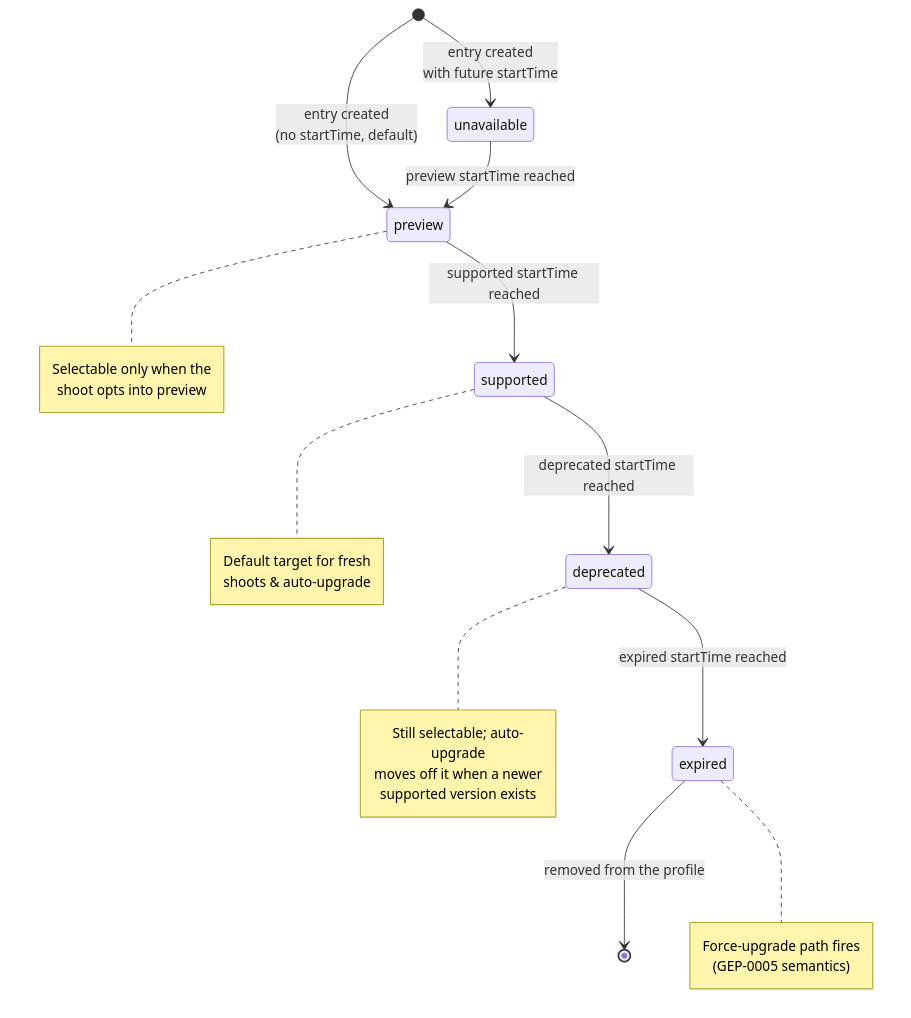
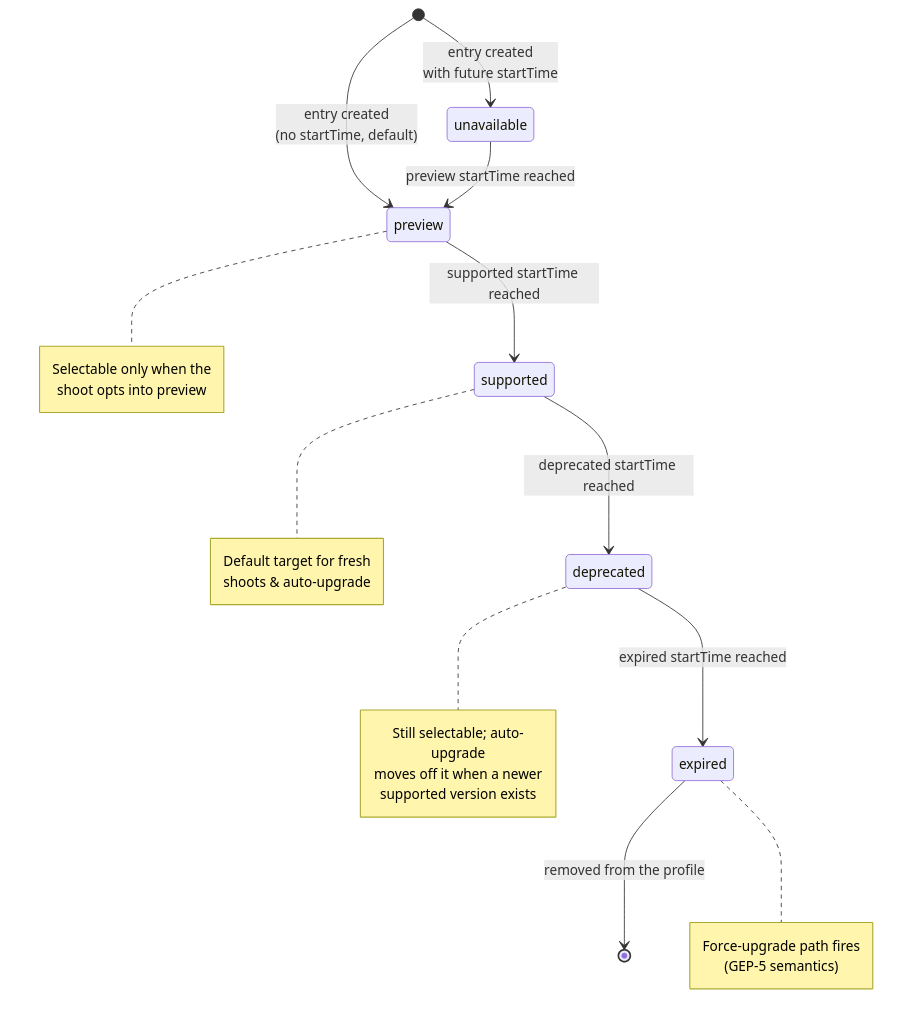
Before and after one commit to DockToFuture/enhancements: the diagram in geps/0078-extension-profile/lifecycle.mmd, drawn with Mermaid. The commit also changed 2 other files, not shown here.

Commit message:
rename GEP links

```diff
--- a/geps/0078-extension-profile/lifecycle.mmd
+++ b/geps/0078-extension-profile/lifecycle.mmd
@@ -1,27 +1,27 @@
 %%{init: {'theme': 'default', 'themeVariables': {'background': '#ffffff'}}}%%
 stateDiagram-v2
   [*] --> unavailable: entry created<br/>with future startTime
   [*] --> preview: entry created<br/>(no startTime, default)
   unavailable --> preview: preview startTime reached
   preview --> supported: supported startTime reached
   supported --> deprecated: deprecated startTime reached
   deprecated --> expired: expired startTime reached
   expired --> [*]: removed from the profile
 
   note right of preview
     Selectable only when the
     shoot opts into preview
   end note
   note right of supported
     Default target for fresh
     shoots &amp; auto-upgrade
   end note
   note right of deprecated
     Still selectable; auto-upgrade
     moves off it when a newer
     supported version exists
   end note
   note right of expired
     Force-upgrade path fires
-    (GEP-0005 semantics)
+    (GEP-5 semantics)
   end note
```
